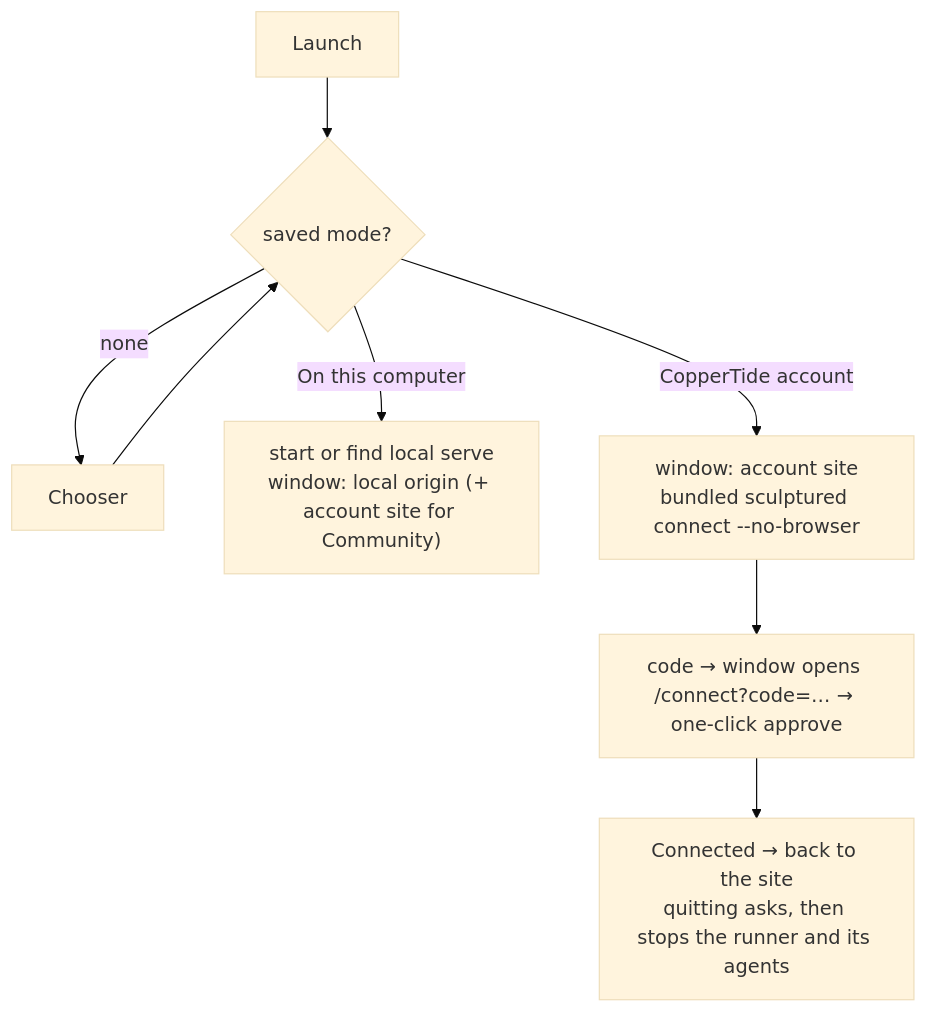
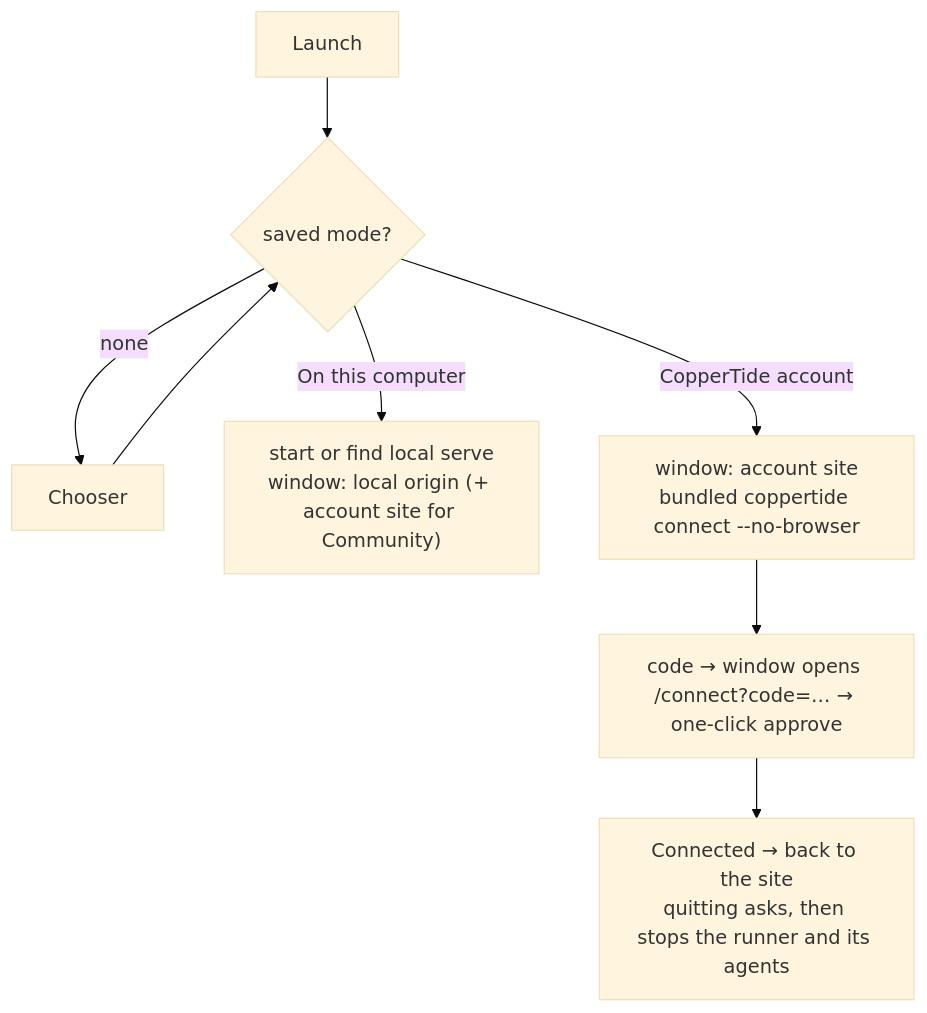
The second of 2 diagrams in docs/internals/desktop-and-installers.md (CopperTide/CopperTide), drawn with Mermaid (base theme) before and after one commit. The commit also changed other lines of this file and 62 other files, not shown here.

````diff
--- a/docs/internals/desktop-and-installers.md
+++ b/docs/internals/desktop-and-installers.md
@@ -25,9 +26,9 @@
 ```mermaid
 flowchart TD
   L[Launch] --> M{saved mode?}
   M -- none --> C[Chooser] --> M
   M -- On this computer --> S["start or find local serve<br/>window: local origin (+ account site for Community)"]
-  M -- CopperTide account --> A["window: account site<br/>bundled sculptured connect --no-browser"]
+  M -- CopperTide account --> A["window: account site<br/>bundled coppertide connect --no-browser"]
   A --> P["code → window opens /connect?code=… → one-click approve"]
   P --> K["Connected → back to the site<br/>quitting asks, then stops the runner and its agents"]
 ```
````
